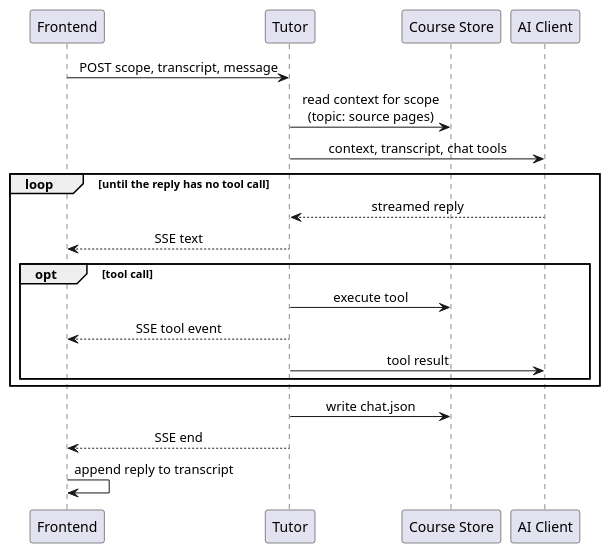
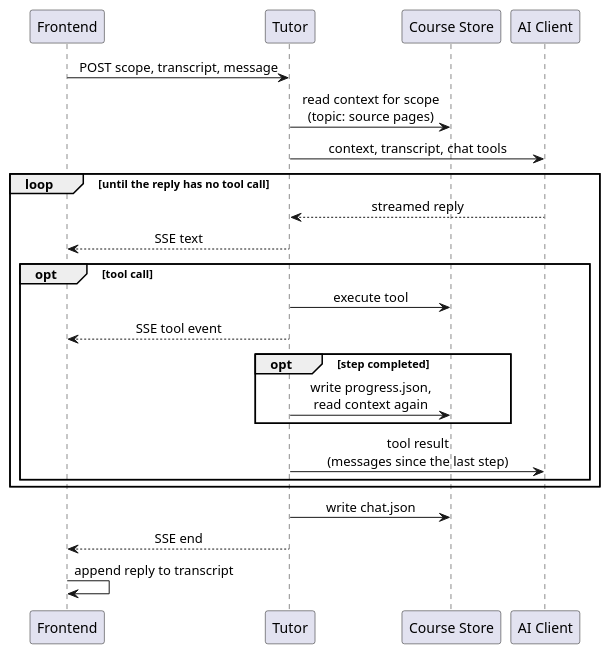
Before and after one commit to leon-hrk/iknownothing: the diagram in docs/arc42/diagrams/runtime-chat-message.puml, drawn with PlantUML. The commit also changed 33 other files, not shown here.

First line of the commit message:
feat: run chats on haiku and record progress per step

```diff
--- a/docs/arc42/diagrams/runtime-chat-message.puml
+++ b/docs/arc42/diagrams/runtime-chat-message.puml
@@ -1,27 +1,30 @@
 @startuml
 skinparam shadowing false
 skinparam defaultTextAlignment center
 
 participant "Frontend" as frontend
 participant "Tutor" as tutor
 participant "Course Store" as store
 participant "AI Client" as ai
 
 frontend -> tutor : POST scope, transcript, message
 tutor -> store : read context for scope\n(topic: source pages)
 tutor -> ai : context, transcript, chat tools
 
 loop until the reply has no tool call
   ai --> tutor : streamed reply
   tutor --> frontend : SSE text
   opt tool call
     tutor -> store : execute tool
     tutor --> frontend : SSE tool event
-    tutor -> ai : tool result
+    opt step completed
+      tutor -> store : write progress.json,\nread context again
+    end
+    tutor -> ai : tool result\n(messages since the last step)
   end
 end
 
 tutor -> store : write chat.json
 tutor --> frontend : SSE end
 frontend -> frontend : append reply to transcript
 @enduml
```
